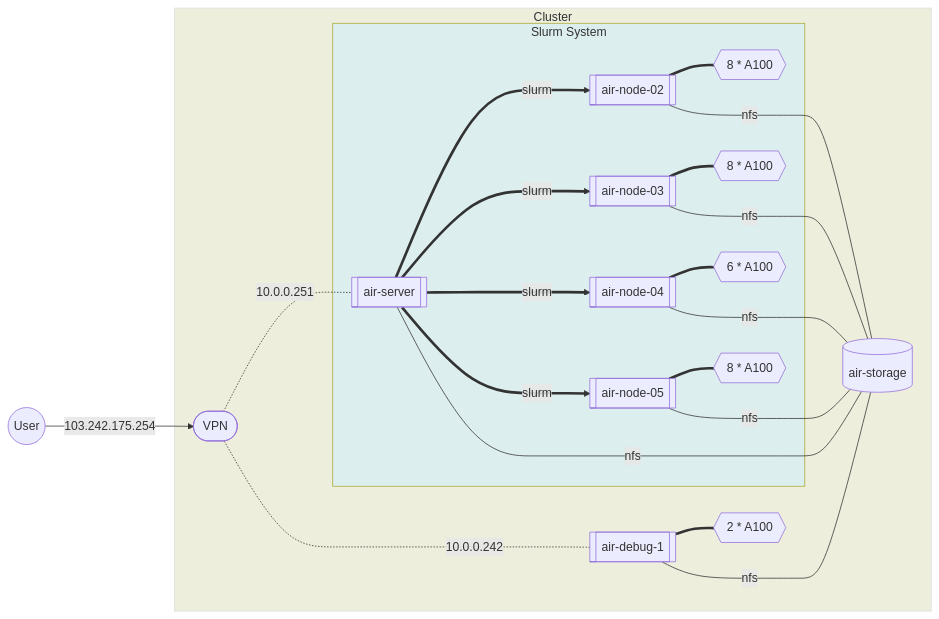
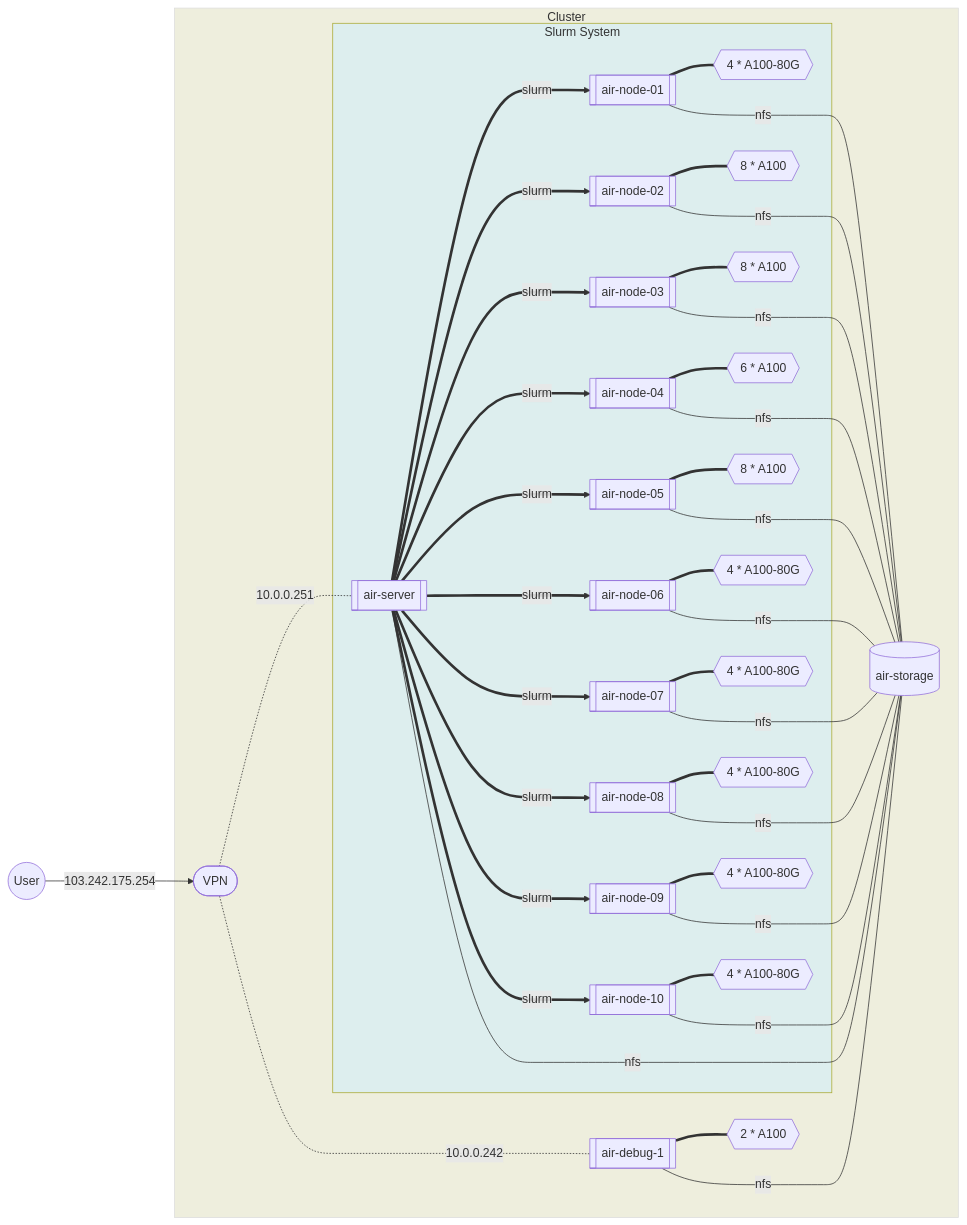
Before and after one commit to Co1lin/AIR-Server-Doc: the diagram in docs/backup.md, drawn with Mermaid. The commit also changed 1 other file, not shown here.

Commit message:
Update slurm resources map

```diff
--- a/docs/backup.md
+++ b/docs/backup.md
@@ -3,34 +3,80 @@
 classDef className fill:#f9f,stroke:#333,stroke-width:4px;
 	subgraph sA[Cluster];
         A[[air-server]];
+        
+        B1[[air-node-01]];
+        B1_desc{{4 * A100-80G}};
+        
         B[[air-node-02]];
+        B_desc{{8 * A100}};
+        
         C[[air-node-03]];
+        C_desc{{8 * A100}};
+        
         D[[air-node-04]];
+        D_desc{{6 * A100}};
+        
         D1[[air-node-05]];
+        D1_desc{{8 * A100}};
+        
+        D2[[air-node-06]];
+        D2_desc{{4 * A100-80G}};
+        
+        D3[[air-node-07]];
+        D3_desc{{4 * A100-80G}};
+        
+        D4[[air-node-08]];
+        D4_desc{{4 * A100-80G}};
+        
+        D5[[air-node-09]];
+        D5_desc{{4 * A100-80G}};
+        
+        D6[[air-node-10]];
+        D6_desc{{4 * A100-80G}};
+        
+        
         E[(air-storage)];
         Z[[air-debug-1]];
+        
         G{{2 * A100}};
-        H{{8 * A100}};
-        I{{8 * A100}};
-        J{{6 * A100}};
-        J1{{8 * A100}};
+        
 
         subgraph sB[Slurm System]
+	        A===>|slurm|B1;
             A===>|slurm|B;
             A==>|slurm|C;
             A==>|slurm|D;
             A==>|slurm|D1;
+            A==>|slurm|D2;
+            A==>|slurm|D3;
+            A==>|slurm|D4;
+            A==>|slurm|D5;
+            A==>|slurm|D6;
 
-            B===H;
-            C===I;
-            D===J;
-            D1===J1;
+			B1===B1_desc
+            B===B_desc;
+            C===C_desc;
+            D===D_desc;
+            D1===D1_desc;
+            D2===D2_desc;
+            D3===D3_desc;
+            D4===D4_desc;
+            D5===D5_desc;
+            D6===D6_desc;
+
         end
+        
+        B1----|nfs|E;
         A----|nfs|E;
         B----|nfs|E;
         C----|nfs|E;
         D----|nfs|E;
         D1----|nfs|E;
+        D2----|nfs|E;
+        D3----|nfs|E;
+        D4----|nfs|E;
+        D5----|nfs|E;
+        D6----|nfs|E;
 
 
 
```
